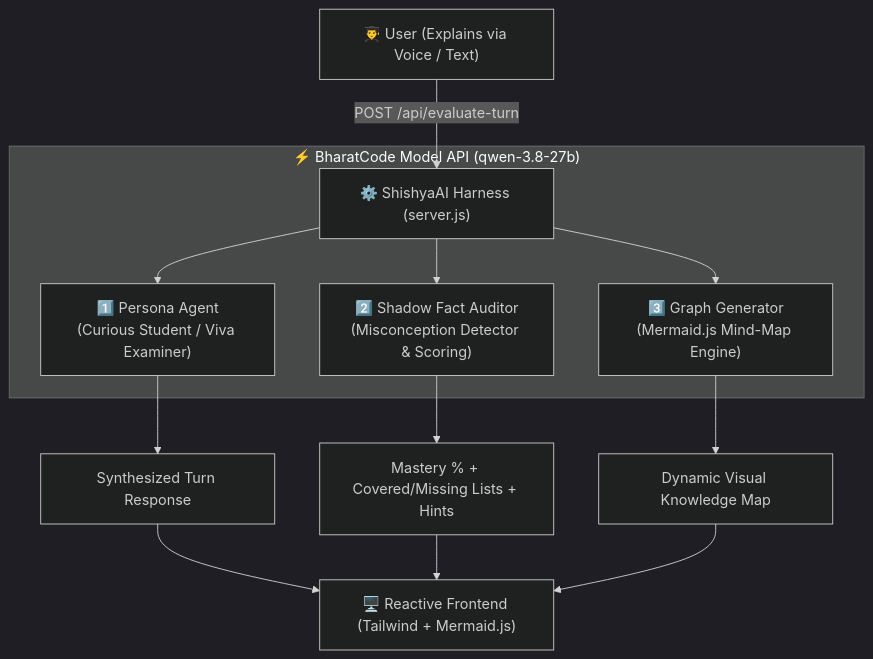
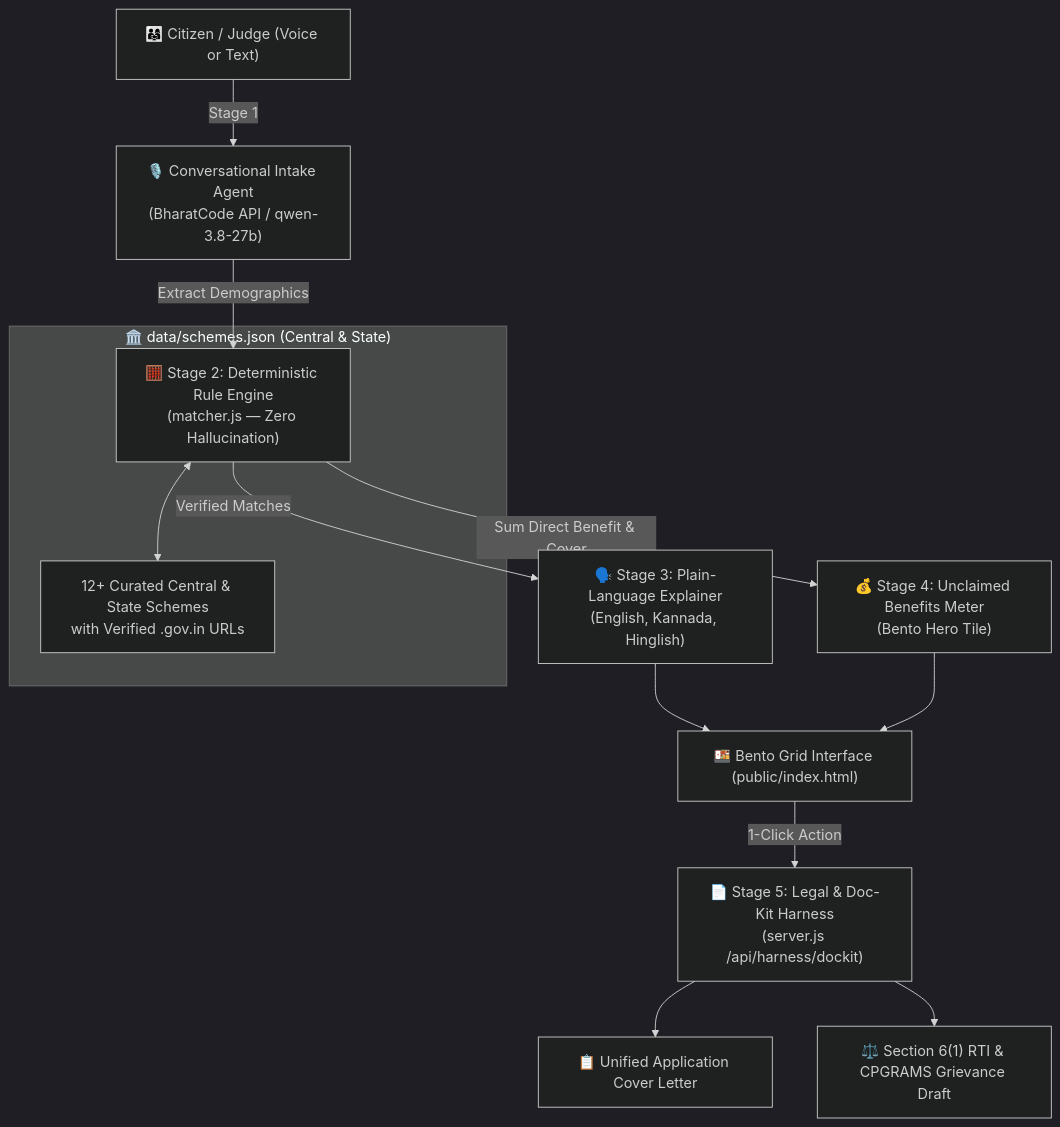
Before and after one commit to rshamith777-cpu/hakku-ai: the diagram in README.md, drawn with Mermaid (dark theme). The commit also changed other lines of this file and 6 other files, not shown here.

Commit message:
feat: Hakku (hakku-ai) Zero-Hallucination Welfare Discovery & RTI Harness with Bento Grid UI

````diff
--- a/README.md
+++ b/README.md
@@ -32,16 +39,18 @@
 ```mermaid
 flowchart TD
-    User["👨‍🎓 User (Explains via Voice / Text)"] -->|POST /api/evaluate-turn| Harness["⚙️ ShishyaAI Harness (server.js)"]
+    User["👨‍👩‍👧 Citizen / Judge (Voice or Text)"] -->|Stage 1| Intake["🎙️ Conversational Intake Agent\n(BharatCode API / qwen-3.8-27b)"]
+    Intake -->|Extract Demographics| Matcher["🧮 Stage 2: Deterministic Rule Engine\n(matcher.js — Zero Hallucination)"]
     
-    subgraph BharatCodeEngine ["⚡ BharatCode Model API (qwen-3.8-27b)"]
-        Harness --> Agent1["1️⃣ Persona Agent\n(Curious Student / Viva Examiner)"]
-        Harness --> Agent2["2️⃣ Shadow Fact Auditor\n(Misconception Detector & Scoring)"]
-        Harness --> Agent3["3️⃣ Graph Generator\n(Mermaid.js Mind-Map Engine)"]
+    subgraph VerifiedDatabase ["🏛️ data/schemes.json (Central & State)"]
+        Matcher <--> Criteria["12+ Curated Central & State Schemes\nwith Verified .gov.in URLs"]
     end
     
-    Agent1 --> Response["Synthesized Turn Response"]
-    Agent2 --> Telemetry["Mastery % + Covered/Missing Lists + Hints"]
-    Agent3 --> Graph["Dynamic Visual Knowledge Map"]
+    Matcher -->|Verified Matches| Explainer["🗣️ Stage 3: Plain-Language Explainer\n(English, Kannada, Hinglish)"]
+    Matcher -->|Sum Direct Benefit & Cover| Meter["💰 Stage 4: Unclaimed Benefits Meter\n(Bento Hero Tile)"]
     
-    Response & Telemetry & Graph --> UI["🖥️ Reactive Frontend (Tailwind + Mermaid.js)"]
+    Explainer & Meter --> UI["🍱 Bento Grid Interface (public/index.html)"]
+    
+    UI -->|1-Click Action| Stage5["📄 Stage 5: Legal & Doc-Kit Harness\n(server.js /api/harness/dockit)"]
+    Stage5 --> AppKit["📋 Unified Application Cover Letter"]
+    Stage5 --> RTI["⚖️ Section 6(1) RTI & CPGRAMS Grievance Draft"]
 ```
````
